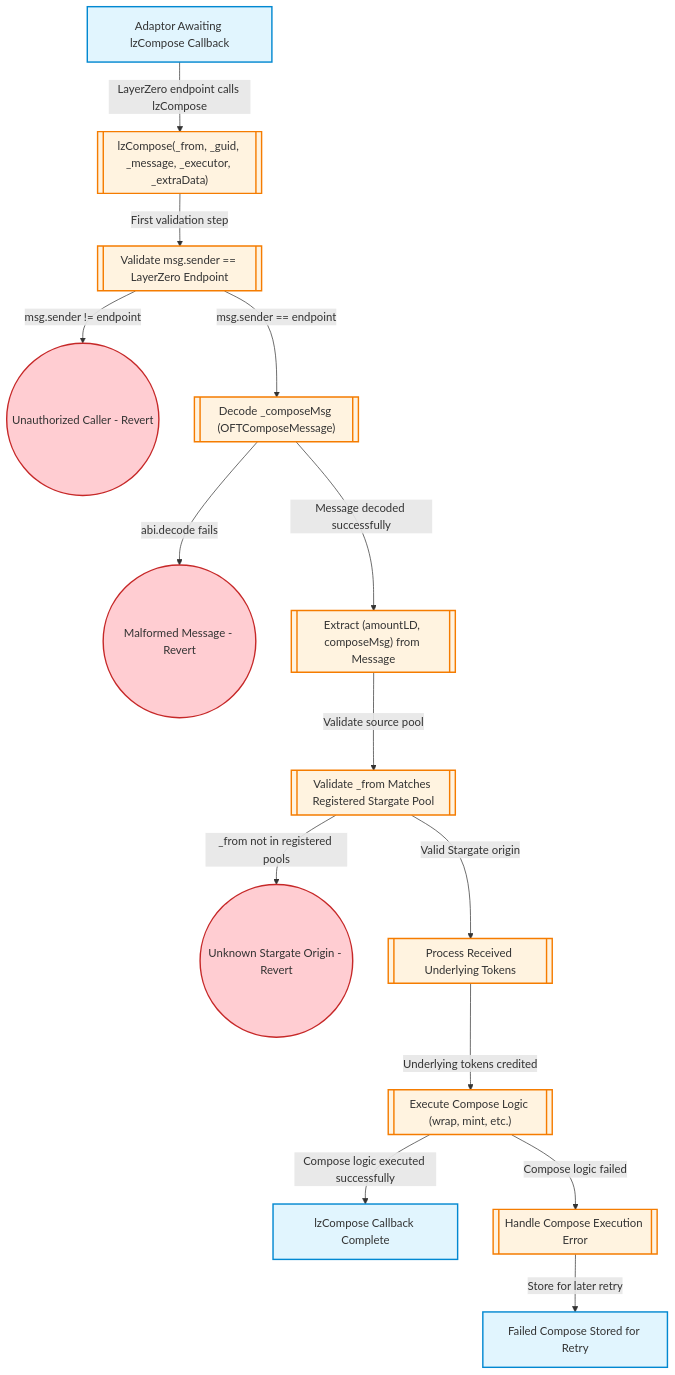
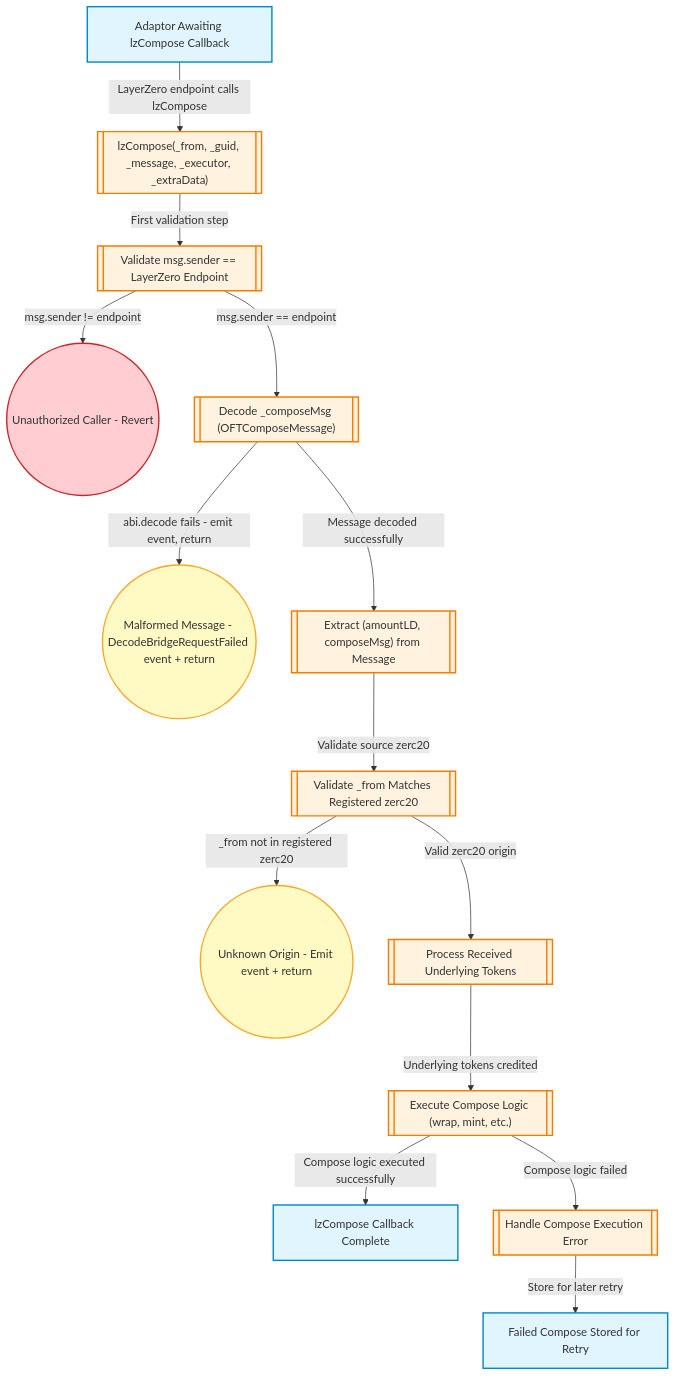
One commit to NyxFoundation/speca changed diagram 11 of 23 in outputs/specs.md. Above: the diagram before and after it, drawn with Mermaid. The commit also changed other lines of this file and 4 other files, not shown here.

````diff
--- a/outputs/specs.md
+++ b/outputs/specs.md
@@ -1010,50 +1026,51 @@
 ```mermaid
 flowchart TD
     classDef stateNode fill:#e1f5fe,stroke:#0288d1,stroke-width:2px
     classDef actionNode fill:#fff3e0,stroke:#f57c00,stroke-width:2px
     classDef errorState fill:#ffcdd2,stroke:#c62828,stroke-width:2px
+    classDef warningState fill:#fff9c4,stroke:#f9a825,stroke-width:2px
 
     STATE_AWAITING_COMPOSE["Adaptor Awaiting lzCompose Callback"]
     ACTION_RECEIVE_LZCOMPOSE[["lzCompose(_from, _guid, _message, _executor, _extraData)"]]
     ACTION_VALIDATE_CALLER[["Validate msg.sender == LayerZero Endpoint"]]
     STATE_CALLER_REJECTED(("Unauthorized Caller - Revert"))
     ACTION_DECODE_COMPOSE_MSG[["Decode _composeMsg (OFTComposeMessage)"]]
-    STATE_DECODE_FAILED(("Malformed Message - Revert"))
+    STATE_DECODE_FAILED(("Malformed Message - DecodeBridgeRequestFailed event + return"))
     ACTION_EXTRACT_PAYLOAD[["Extract (amountLD, composeMsg) from Message"]]
-    ACTION_VALIDATE_STARGATE_ORIGIN[["Validate _from Matches Registered Stargate Pool"]]
-    STATE_INVALID_ORIGIN(("Unknown Stargate Origin - Revert"))
+    ACTION_VALIDATE_ZERC20_ORIGIN[["Validate _from Matches Registered zerc20"]]
+    STATE_INVALID_ORIGIN(("Unknown Origin - Emit event + return"))
     ACTION_PROCESS_RECEIVED_TOKENS[["Process Received Underlying Tokens"]]
     ACTION_EXECUTE_COMPOSE_LOGIC[["Execute Compose Logic (wrap, mint, etc.)"]]
     STATE_COMPOSE_COMPLETE["lzCompose Callback Complete"]
     ACTION_HANDLE_COMPOSE_ERROR[["Handle Compose Execution Error"]]
     STATE_COMPOSE_FAILED_STORED["Failed Compose Stored for Retry"]
 
     STATE_AWAITING_COMPOSE -->|LayerZero endpoint calls lzCompose| ACTION_RECEIVE_LZCOMPOSE
     ACTION_RECEIVE_LZCOMPOSE -->|First validation step| ACTION_VALIDATE_CALLER
     ACTION_VALIDATE_CALLER -->|msg.sender != endpoint| STATE_CALLER_REJECTED
     ACTION_VALIDATE_CALLER -->|msg.sender == endpoint| ACTION_DECODE_COMPOSE_MSG
-    ACTION_DECODE_COMPOSE_MSG -->|abi.decode fails| STATE_DECODE_FAILED
+    ACTION_DECODE_COMPOSE_MSG -->|abi.decode fails - emit event, return| STATE_DECODE_FAILED
     ACTION_DECODE_COMPOSE_MSG -->|Message decoded successfully| ACTION_EXTRACT_PAYLOAD
-    ACTION_EXTRACT_PAYLOAD -->|Validate source pool| ACTION_VALIDATE_STARGATE_ORIGIN
-    ACTION_VALIDATE_STARGATE_ORIGIN -->|_from not in registered pools| STATE_INVALID_ORIGIN
-    ACTION_VALIDATE_STARGATE_ORIGIN -->|Valid Stargate origin| ACTION_PROCESS_RECEIVED_TOKENS
+    ACTION_EXTRACT_PAYLOAD -->|Validate source zerc20| ACTION_VALIDATE_ZERC20_ORIGIN
+    ACTION_VALIDATE_ZERC20_ORIGIN -->|_from not in registered zerc20| STATE_INVALID_ORIGIN
+    ACTION_VALIDATE_ZERC20_ORIGIN -->|Valid zerc20 origin| ACTION_PROCESS_RECEIVED_TOKENS
     ACTION_PROCESS_RECEIVED_TOKENS -->|Underlying tokens credited| ACTION_EXECUTE_COMPOSE_LOGIC
     ACTION_EXECUTE_COMPOSE_LOGIC -->|Compose logic executed successfully| STATE_COMPOSE_COMPLETE
     ACTION_EXECUTE_COMPOSE_LOGIC -->|Compose logic failed| ACTION_HANDLE_COMPOSE_ERROR
     ACTION_HANDLE_COMPOSE_ERROR -->|Store for later retry| STATE_COMPOSE_FAILED_STORED
 
     class STATE_AWAITING_COMPOSE stateNode
     class ACTION_RECEIVE_LZCOMPOSE actionNode
     class ACTION_VALIDATE_CALLER actionNode
     class STATE_CALLER_REJECTED errorState
     class ACTION_DECODE_COMPOSE_MSG actionNode
-    class STATE_DECODE_FAILED errorState
+    class STATE_DECODE_FAILED warningState
     class ACTION_EXTRACT_PAYLOAD actionNode
-    class ACTION_VALIDATE_STARGATE_ORIGIN actionNode
-    class STATE_INVALID_ORIGIN errorState
+    class ACTION_VALIDATE_ZERC20_ORIGIN actionNode
+    class STATE_INVALID_ORIGIN warningState
     class ACTION_PROCESS_RECEIVED_TOKENS actionNode
     class ACTION_EXECUTE_COMPOSE_LOGIC actionNode
     class STATE_COMPOSE_COMPLETE stateNode
     class ACTION_HANDLE_COMPOSE_ERROR actionNode
     class STATE_COMPOSE_FAILED_STORED stateNode
 ```
````
